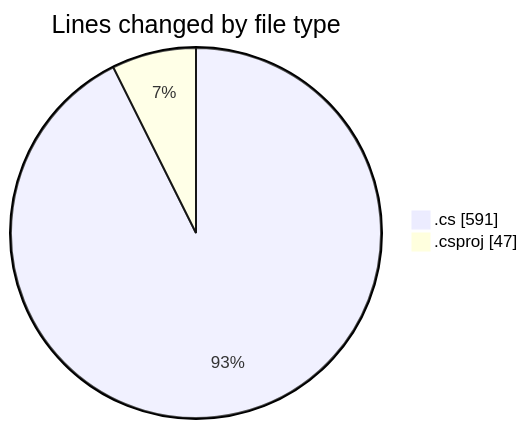
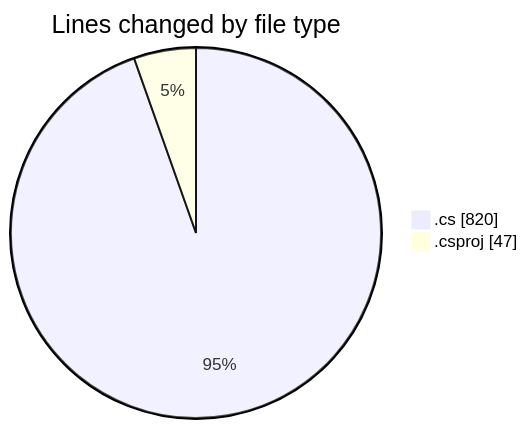
Before and after one commit to Netris89/code-tracking: the first of 2 diagrams in 2025-04-09/back-end/README.md, drawn with Mermaid. The commit also changed other lines of this file and 1 other file, not shown here.

````diff
--- a/2025-04-09/back-end/README.md
+++ b/2025-04-09/back-end/README.md
@@ -22,6 +24,6 @@
 ```mermaid
 pie showData
 title Lines changed by file type
-".cs" : 591
+".cs" : 820
 ".csproj" : 47
 ```
````
